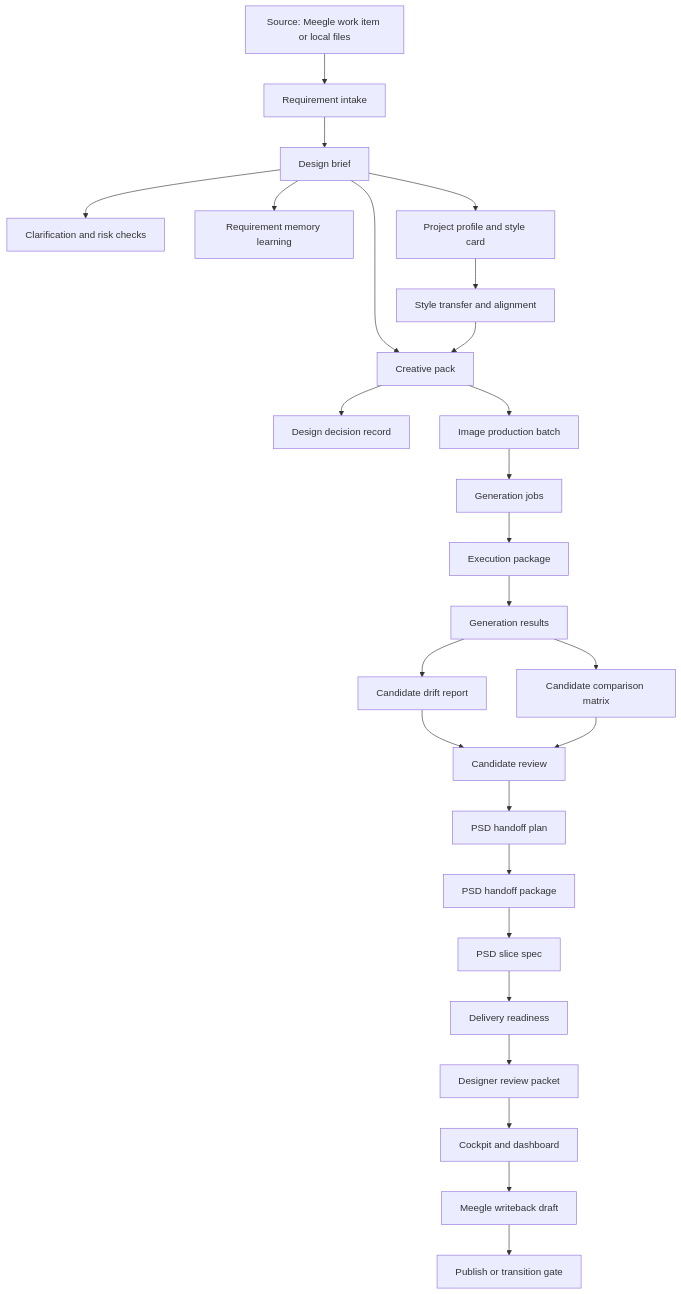
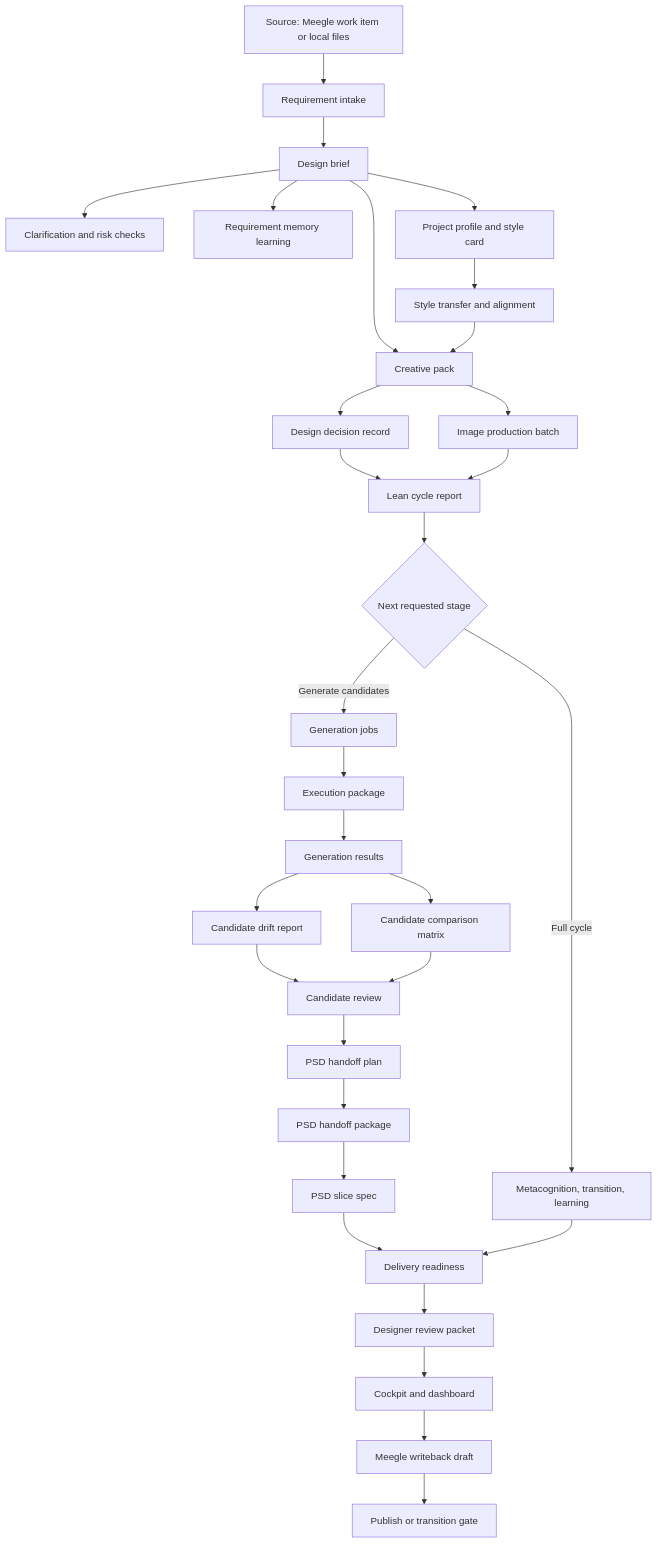
The diagram in docs/workflow_map.md (wgq628/CrealityOS), drawn with Mermaid before and after one commit. The commit also changed other lines of this file and 15 other files, not shown here.

Commit message:
release: v0.2.1 lean workflow and architecture refresh

````diff
--- a/docs/workflow_map.md
+++ b/docs/workflow_map.md
@@ -7,28 +9,33 @@
 ```mermaid
 flowchart TD
   A["Source: Meegle work item or local files"] --> B["Requirement intake"]
   B --> C["Design brief"]
   C --> D["Clarification and risk checks"]
   C --> E["Requirement memory learning"]
   C --> F["Project profile and style card"]
   F --> G["Style transfer and alignment"]
   C --> H["Creative pack"]
   G --> H
   H --> I["Design decision record"]
   H --> J["Image production batch"]
-  J --> K["Generation jobs"]
-  K --> L["Execution package"]
-  L --> M["Generation results"]
-  M --> N["Candidate drift report"]
-  M --> O["Candidate comparison matrix"]
-  N --> P["Candidate review"]
-  O --> P
-  P --> Q["PSD handoff plan"]
-  Q --> R["PSD handoff package"]
-  R --> S["PSD slice spec"]
-  S --> T["Delivery readiness"]
-  T --> U["Designer review packet"]
-  U --> V["Cockpit and dashboard"]
-  V --> W["Meegle writeback draft"]
-  W --> X["Publish or transition gate"]
+  I --> K["Lean cycle report"]
+  J --> K
+  K --> L{"Next requested stage"}
+  L -->|Generate candidates| M["Generation jobs"]
+  M --> N["Execution package"]
+  N --> O["Generation results"]
+  O --> P["Candidate drift report"]
+  O --> Q["Candidate comparison matrix"]
+  P --> R["Candidate review"]
+  Q --> R
+  R --> S["PSD handoff plan"]
+  S --> T["PSD handoff package"]
+  T --> U["PSD slice spec"]
+  U --> V["Delivery readiness"]
+  V --> W["Designer review packet"]
+  W --> X["Cockpit and dashboard"]
+  X --> Y["Meegle writeback draft"]
+  Y --> Z["Publish or transition gate"]
+  L -->|Full cycle| AA["Metacognition, transition, learning"]
+  AA --> V
 ```
````
